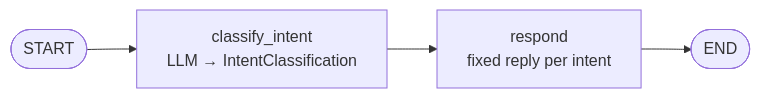
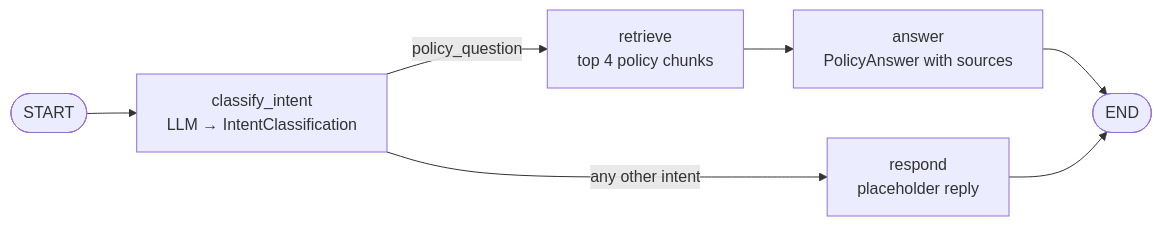
One commit to hmadhe/agentic-customer-support changed the second of 3 diagrams in README.md. Above: the diagram before and after it, drawn with Mermaid. The commit also changed other lines of this file and 6 other files, not shown here.

````diff
--- a/README.md
+++ b/README.md
@@ -107,6 +107,9 @@
 ```mermaid
 flowchart LR
     START([START]) --> C[classify_intent<br/>LLM → IntentClassification]
-    C --> R[respond<br/>fixed reply per intent]
-    R --> END([END])
+    C -->|policy_question| R[retrieve<br/>top 4 policy chunks]
+    R --> A[answer<br/>PolicyAnswer with sources]
+    A --> END([END])
+    C -->|any other intent| P[respond<br/>placeholder reply]
+    P --> END
 ```
````
